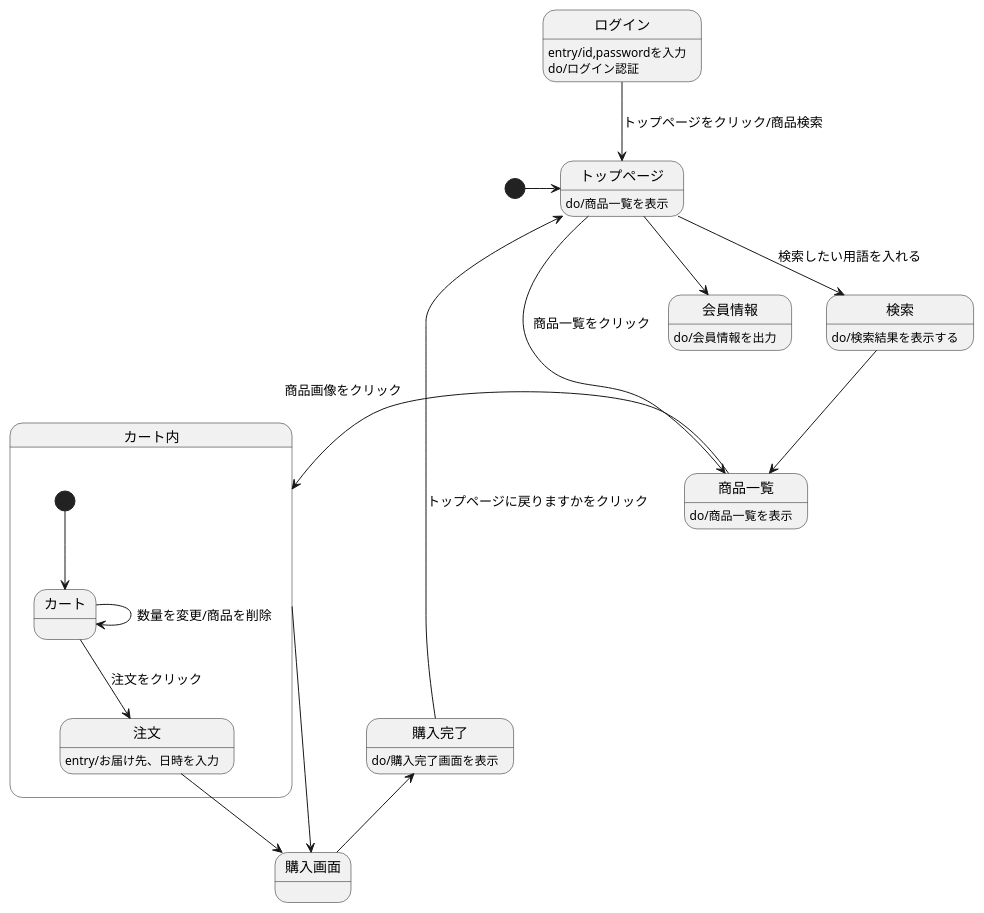
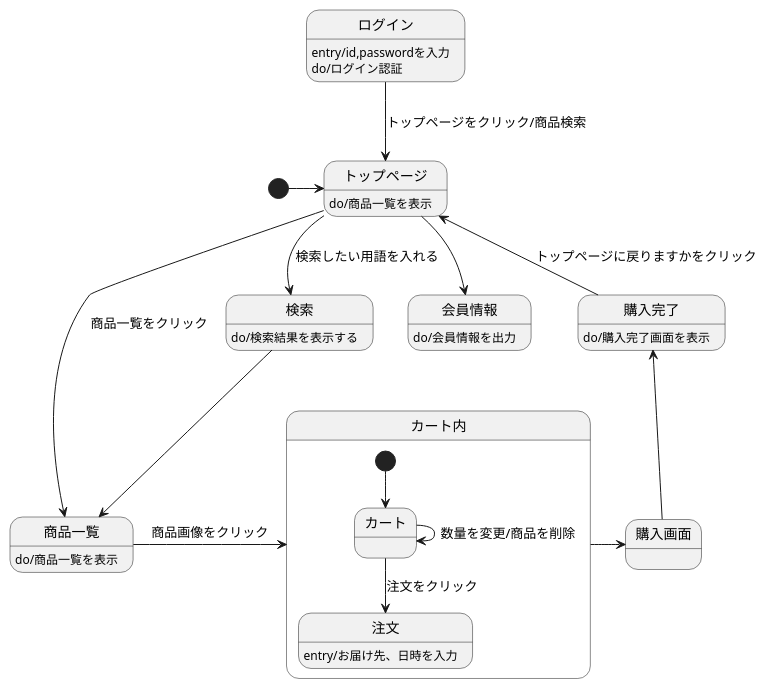
The diagram in 画面遷移図(original).md (Aso2001224/2021sys-design), drawn with PlantUML before and after one commit.

````diff
--- a/画面遷移図(original).md
+++ b/画面遷移図(original).md
@@ -1,27 +1,26 @@
 ```uml
 @startuml
 [*]->トップページ
 トップページ:do/商品一覧を表示
 ログイン-->トップページ:トップページをクリック/商品検索
 ログイン:entry/id,passwordを入力
 ログイン:do/ログイン認証
 トップページ-->会員情報
 会員情報:do/会員情報を出力
 トップページ-->検索 :検索したい用語を入れる
 検索:do/検索結果を表示する
 トップページ-->商品一覧 :商品一覧をクリック
 検索-->商品一覧
 商品一覧:do/商品一覧を表示
 商品一覧-right->カート内: 商品画像をクリック
 カート内-right-> 購入画面
 購入画面-up->購入完了
 購入完了:do/購入完了画面を表示
 購入完了-up->トップページ: トップページに戻りますかをクリック
 state カート内{
 [*]--> カート
 カート-down-> 注文: 注文をクリック
 カート->カート: 数量を変更/商品を削除
 注文:entry/お届け先、日時を入力
-注文-->購入画面
 @enduml
 ```
````
